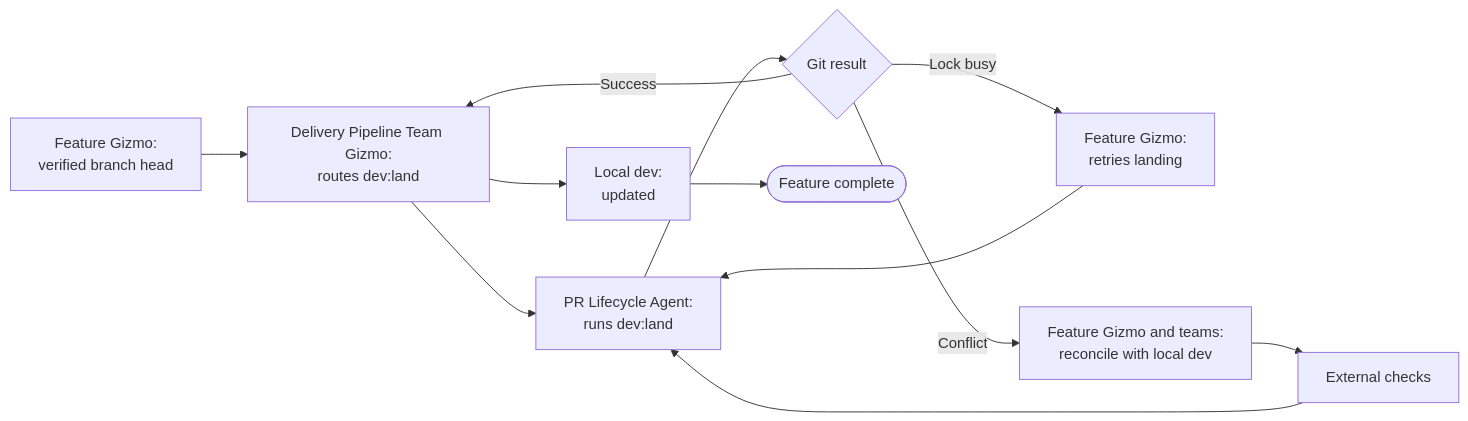
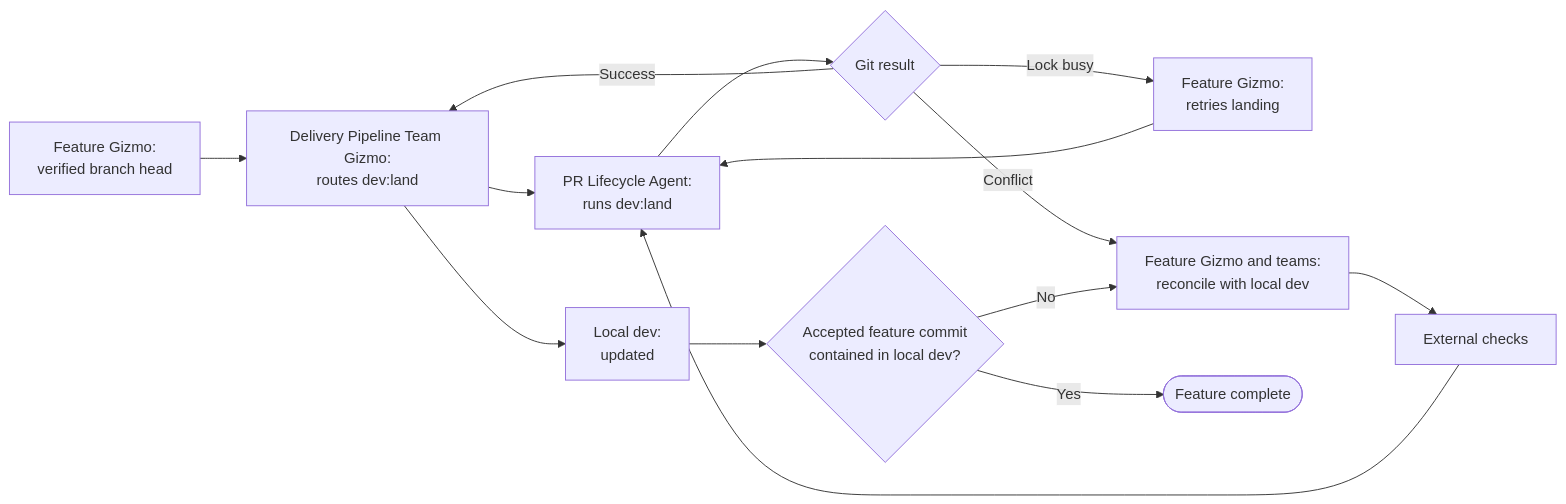
One commit to meta-secret/nook changed the tenth of 13 diagrams in .cortex/gizmo-prime/architecture/multiagent-delivery-diagrams.md. Above: the diagram before and after it, drawn with Mermaid. The commit also changed other lines of this file and 4 other files, not shown here.

Commit message:
docs(cortex): require dev containment for feature completion

````diff
--- a/.cortex/gizmo-prime/architecture/multiagent-delivery-diagrams.md
+++ b/.cortex/gizmo-prime/architecture/multiagent-delivery-diagrams.md
@@ -473,17 +474,20 @@
 ```mermaid
 flowchart LR
     Gizmo["Feature Gizmo:<br/>verified branch head"]
     Pipeline["Delivery Pipeline Team Gizmo:<br/>routes dev:land"]
     Landing["PR Lifecycle Agent:<br/>runs dev:land"]
     Result{"Git result"}
     Retry["Feature Gizmo:<br/>retries landing"]
     Resolve["Feature Gizmo and teams:<br/>reconcile with local dev"]
     Checks["External checks"]
     Dev["Local dev:<br/>updated"]
+    Contained{"Accepted feature commit<br/>contained in local dev?"}
     Complete([Feature complete])
 
     Gizmo --> Pipeline --> Landing --> Result
     Result -- Lock busy --> Retry --> Landing
     Result -- Conflict --> Resolve --> Checks --> Landing
-    Result -- Success --> Pipeline --> Dev --> Complete
+    Result -- Success --> Pipeline --> Dev --> Contained
+    Contained -- No --> Resolve
+    Contained -- Yes --> Complete
 ```
````
